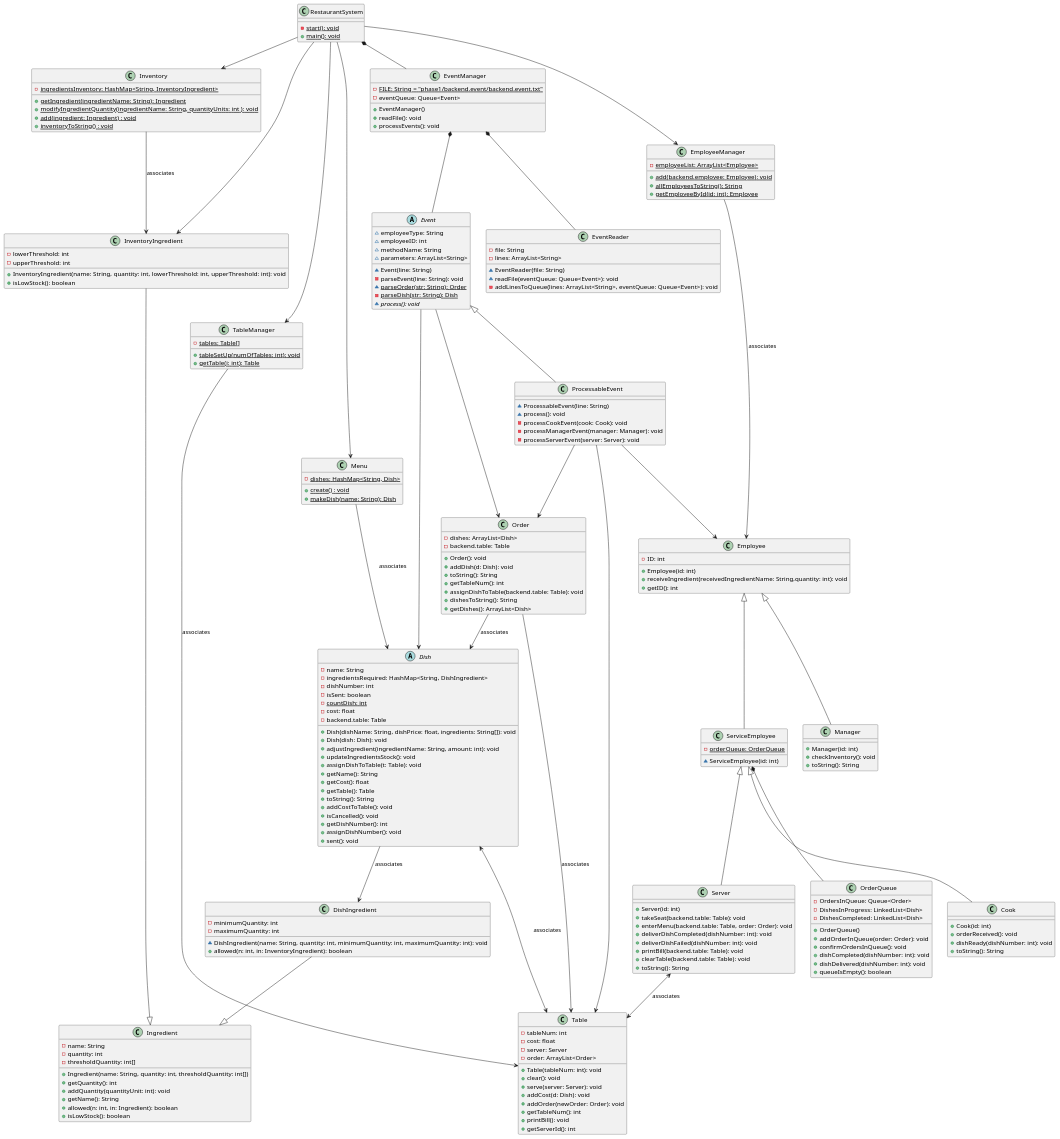
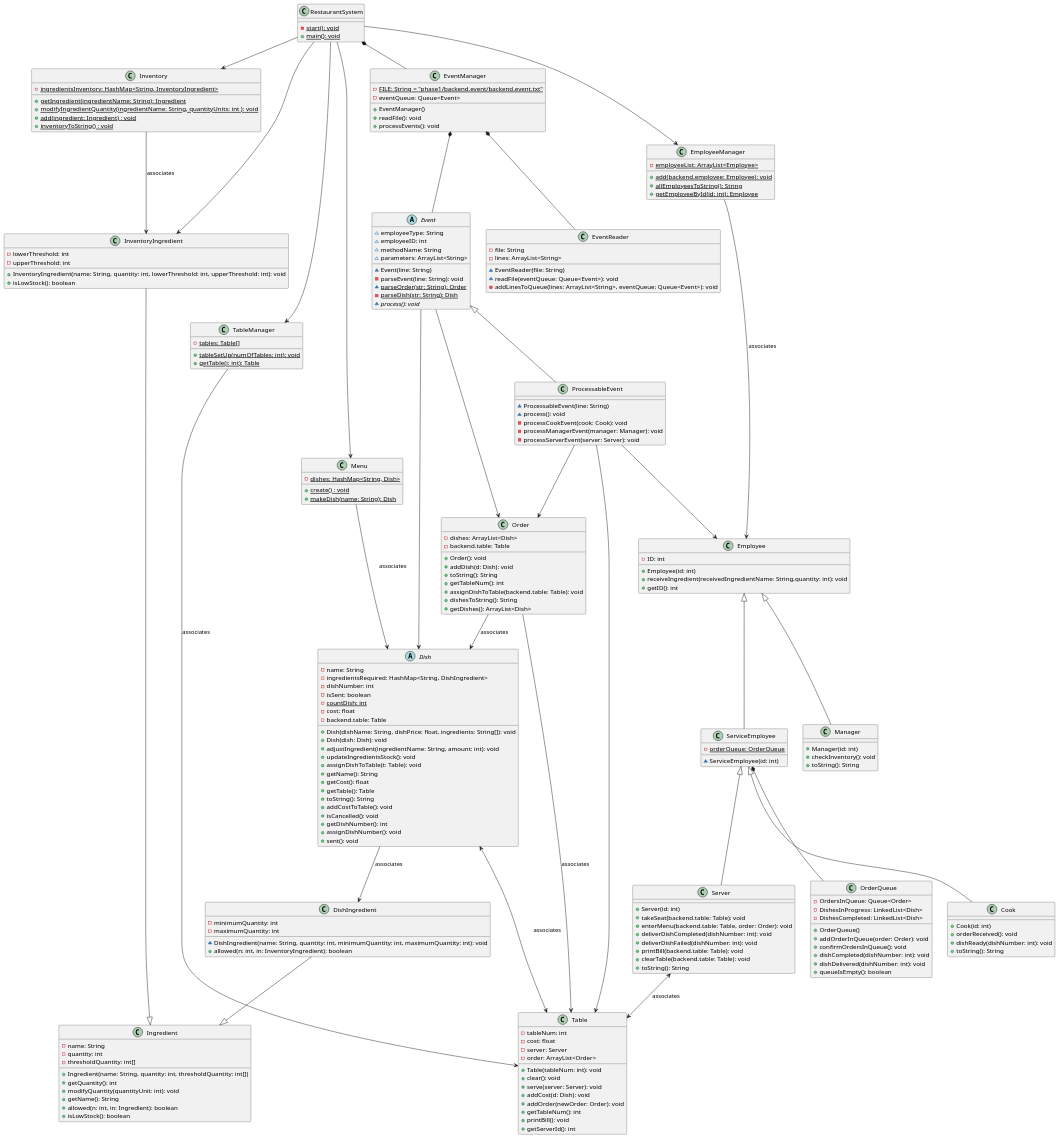
Before and after one commit to billangli/RestaurantSystem: the diagram in phase2/etc/phase1uml.puml, drawn with PlantUML. The commit also changed 4 other files, not shown here.

Commit message:
Changed the name of method in Ingredient class from addQuantity to modifyQuantity

```diff
--- a/phase2/etc/phase1uml.puml
+++ b/phase2/etc/phase1uml.puml
@@ -99,7 +99,7 @@
 - thresholdQuantity: int[]
 + Ingredient(name: String, quantity: int, thresholdQuantity: int[])
 + getQuantity(): int
-+ addQuantity(quantityUnit: int): void
++ modifyQuantity(quantityUnit: int): void
 + getName(): String
 + allowed(n: int, in: Ingredient): boolean
 + isLowStock(): boolean
```
